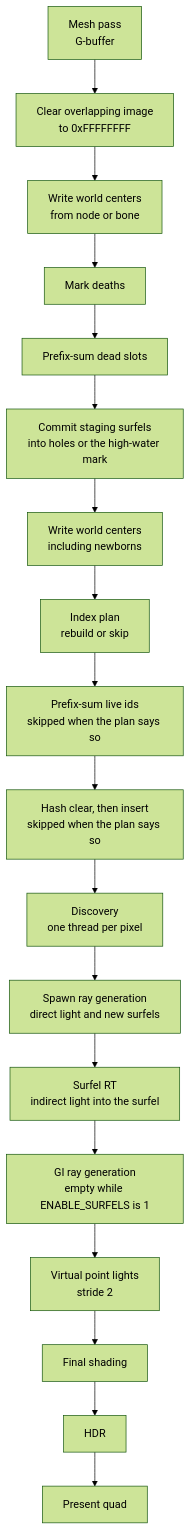
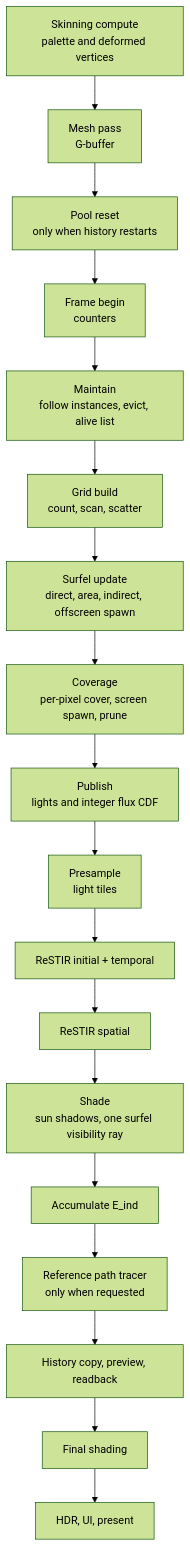
Before and after one commit to NeroReflex/vulkan-framework: the diagram in engine/docs/01-the-frame.md, drawn with Mermaid (forest theme). The commit also changed other lines of this file and 99 other files, not shown here.

````diff
--- a/engine/docs/01-the-frame.md
+++ b/engine/docs/01-the-frame.md
@@ -9,23 +7,23 @@
 ```mermaid
 flowchart TD
+  skin["Skinning compute<br/>palette and deformed vertices"]
   mesh["Mesh pass<br/>G-buffer"]
-  clear["Clear overlapping image<br/>to 0xFFFFFFFF"]
-  world["Write world centers<br/>from node or bone"]
-  mark["Mark deaths"]
-  holes["Prefix-sum dead slots"]
-  commit["Commit staging surfels<br/>into holes or the high-water mark"]
-  world2["Write world centers<br/>including newborns"]
-  plan["Index plan<br/>rebuild or skip"]
-  live["Prefix-sum live ids<br/>skipped when the plan says so"]
-  hash["Hash clear, then insert<br/>skipped when the plan says so"]
-  disc["Discovery<br/>one thread per pixel"]
-  spawn["Spawn ray generation<br/>direct light and new surfels"]
-  srt["Surfel RT<br/>indirect light into the surfel"]
-  gi["GI ray generation<br/>empty while ENABLE_SURFELS is 1"]
-  vpl["Virtual point lights<br/>stride 2"]
+  reset["Pool reset<br/>only when history restarts"]
+  begin["Frame begin<br/>counters"]
+  maint["Maintain<br/>follow instances, evict, alive list"]
+  grid["Grid build<br/>count, scan, scatter"]
+  upd["Surfel update<br/>direct, area, indirect, offscreen spawn"]
+  cov["Coverage<br/>per-pixel cover, screen spawn, prune"]
+  pub["Publish<br/>lights and integer flux CDF"]
+  pre["Presample<br/>light tiles"]
+  temp["ReSTIR initial + temporal"]
+  spat["ReSTIR spatial"]
+  shade["Shade<br/>sun shadows, one surfel visibility ray"]
+  acc["Accumulate E_ind"]
+  ref["Reference path tracer<br/>only when requested"]
+  copy["History copy, preview, readback"]
   fin["Final shading"]
-  hdr["HDR"]
-  quad["Present quad"]
+  hdr["HDR, UI, present"]
 
-  mesh --> clear --> world --> mark --> holes --> commit --> world2 --> plan --> live --> hash --> disc --> spawn --> srt --> gi --> vpl --> fin --> hdr --> quad
+  skin --> mesh --> reset --> begin --> maint --> grid --> upd --> cov --> pub --> pre --> temp --> spat --> shade --> acc --> ref --> copy --> fin --> hdr
 ```
````
